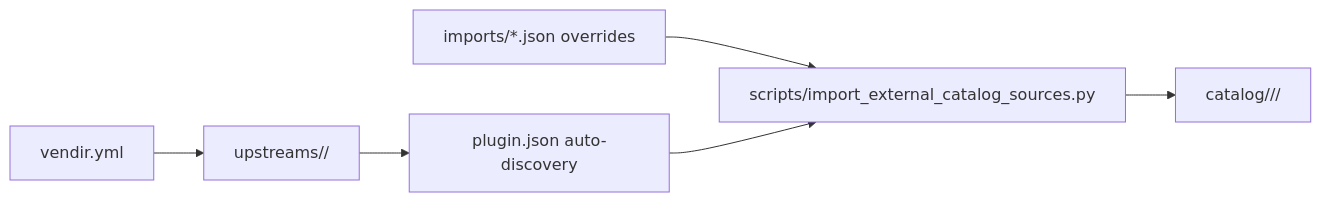
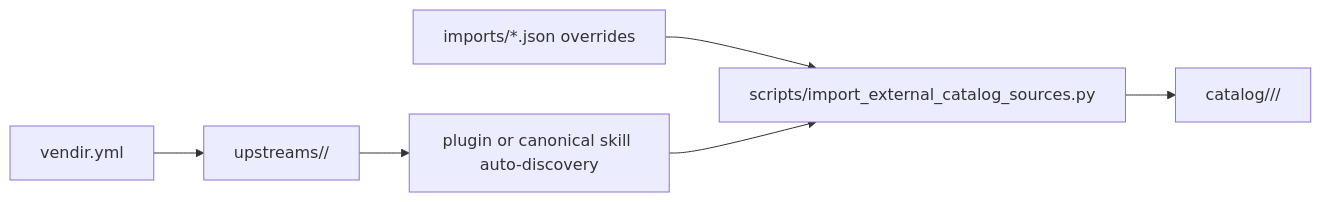
One commit to managedcode/dotnet-skills changed the diagram in external-sources/README.md. Above: the diagram before and after it, drawn with Mermaid. The commit also changed other lines of this file and 104 other files, not shown here.

````diff
--- a/external-sources/README.md
+++ b/external-sources/README.md
@@ -21,8 +21,8 @@
 ```mermaid
 flowchart LR
   A["vendir.yml"] --> B["upstreams/<repo>/"]
-  B --> C["plugin.json auto-discovery"]
+  B --> C["plugin or canonical skill auto-discovery"]
   D["imports/*.json overrides"] --> E["scripts/import_external_catalog_sources.py"]
   C --> E
   E --> F["catalog/<type>/<package>/"]
 ```
````
